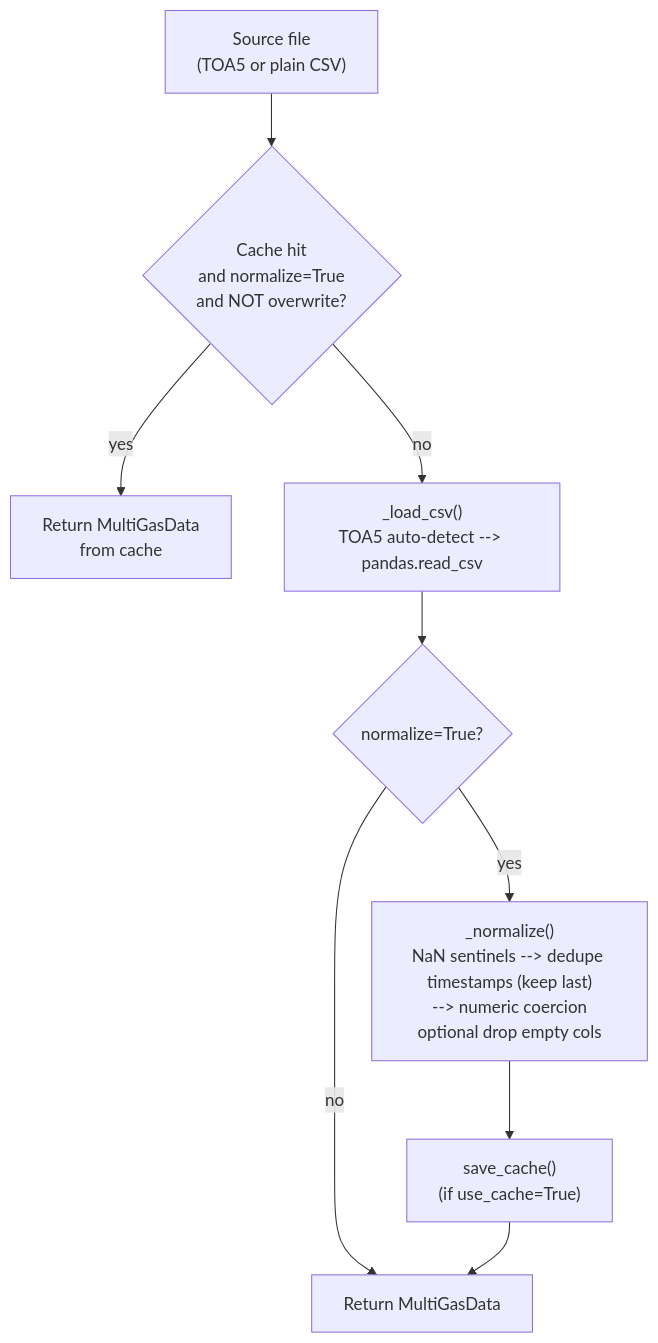
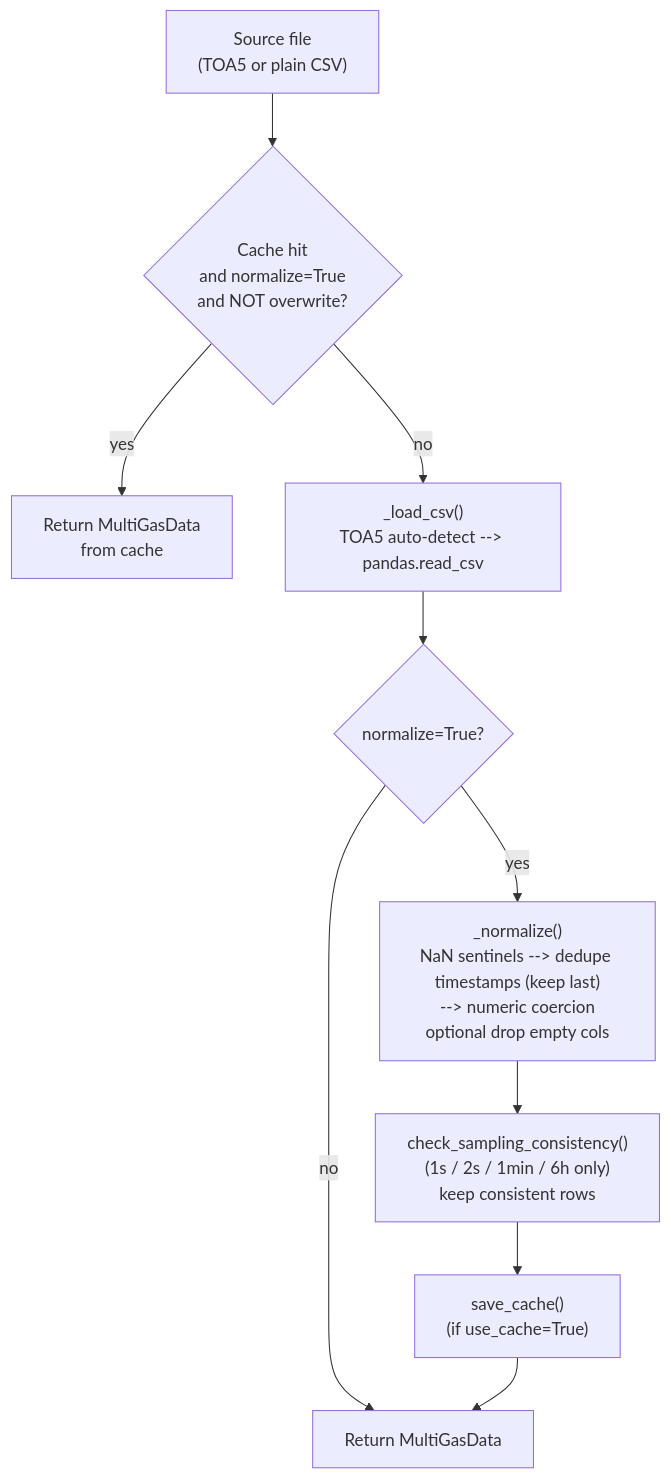
Before and after one commit to martanto/multigas: the diagram in wiki/Getting-Started.md, drawn with Mermaid. The commit also changed other lines of this file and 6 other files, not shown here.

````diff
--- a/wiki/Getting-Started.md
+++ b/wiki/Getting-Started.md
@@ -94,11 +97,12 @@
 ```mermaid
 flowchart TD
     A["Source file<br/>(TOA5 or plain CSV)"] --> B{Cache hit<br/>and normalize=True<br/>and NOT overwrite?}
     B -->|yes| E["Return MultiGasData<br/>from cache"]
     B -->|no| C["_load_csv()<br/>TOA5 auto-detect --> pandas.read_csv"]
     C --> D{normalize=True?}
     D -->|yes| F["_normalize()<br/>NaN sentinels --> dedupe timestamps (keep last)<br/>--> numeric coercion<br/>optional drop empty cols"]
     D -->|no| G["Return MultiGasData"]
-    F --> H["save_cache()<br/>(if use_cache=True)"]
+    F --> S["check_sampling_consistency()<br/>(1s / 2s / 1min / 6h only)<br/>keep consistent rows"]
+    S --> H["save_cache()<br/>(if use_cache=True)"]
     H --> G
 ```
````
